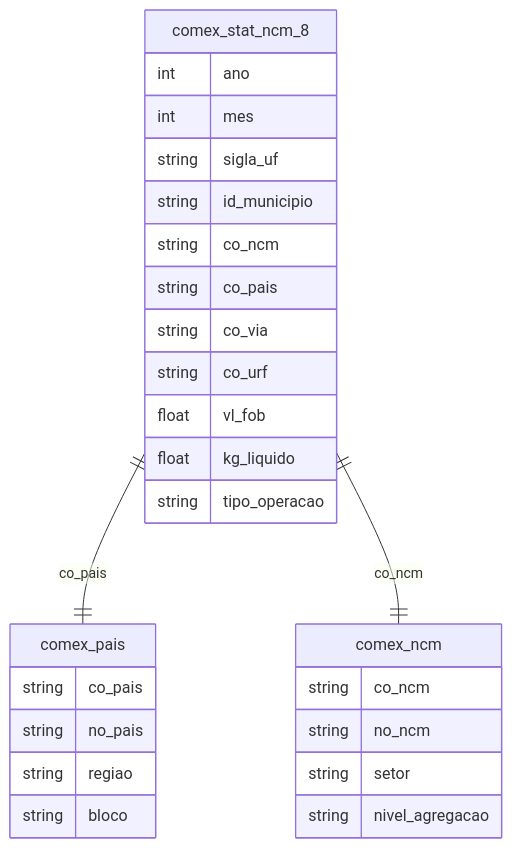
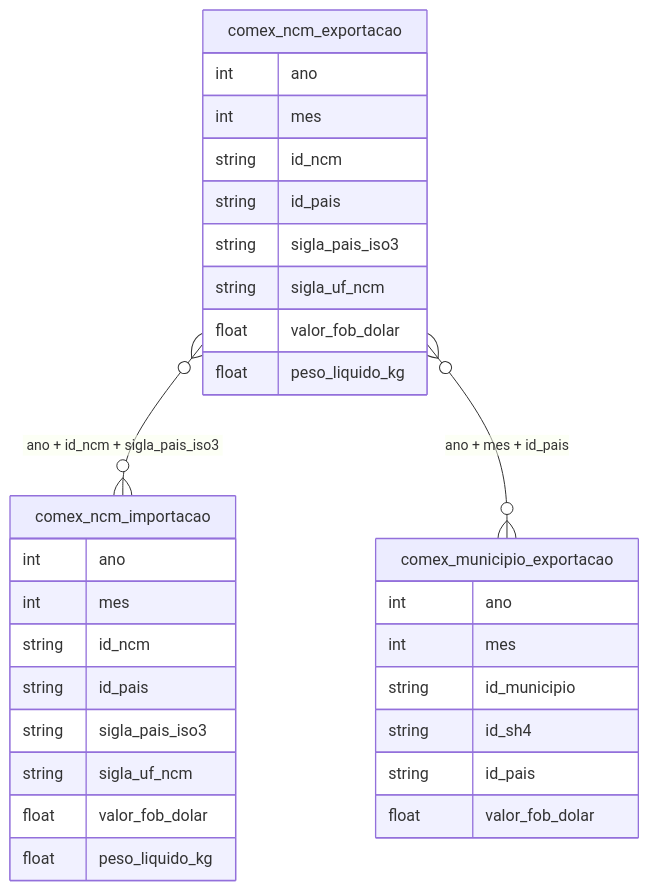
Before and after one commit to rafapolo/rodado: the diagram in docs/mapa/overview/18_comercio_exterior.md, drawn with Mermaid. The commit also changed other lines of this file and 135 other files, not shown here.

````diff
--- a/docs/mapa/overview/18_comercio_exterior.md
+++ b/docs/mapa/overview/18_comercio_exterior.md
@@ -2,30 +2,33 @@
 ```mermaid
 erDiagram
-    comex_stat_ncm_8 {
+    comex_ncm_exportacao {
         int ano
         int mes
-        string sigla_uf
+        string id_ncm
+        string id_pais
+        string sigla_pais_iso3
+        string sigla_uf_ncm
+        float valor_fob_dolar
+        float peso_liquido_kg
+    }
+    comex_ncm_importacao {
+        int ano
+        int mes
+        string id_ncm
+        string id_pais
+        string sigla_pais_iso3
+        string sigla_uf_ncm
+        float valor_fob_dolar
+        float peso_liquido_kg
+    }
+    comex_municipio_exportacao {
+        int ano
+        int mes
         string id_municipio
-        string co_ncm
-        string co_pais
-        string co_via
-        string co_urf
-        float vl_fob
-        float kg_liquido
-        string tipo_operacao
+        string id_sh4
+        string id_pais
+        float valor_fob_dolar
     }
-    comex_pais {
-        string co_pais
-        string no_pais
-        string regiao
-        string bloco
-    }
-    comex_ncm {
-        string co_ncm
-        string no_ncm
-        string setor
-        string nivel_agregacao
-    }
-    comex_stat_ncm_8 ||--|| comex_pais : "co_pais"
-    comex_stat_ncm_8 ||--|| comex_ncm : "co_ncm"
+    comex_ncm_exportacao }o--o{ comex_ncm_importacao : "ano + id_ncm + sigla_pais_iso3"
+    comex_ncm_exportacao }o--o{ comex_municipio_exportacao : "ano + mes + id_pais"
 ```
````
